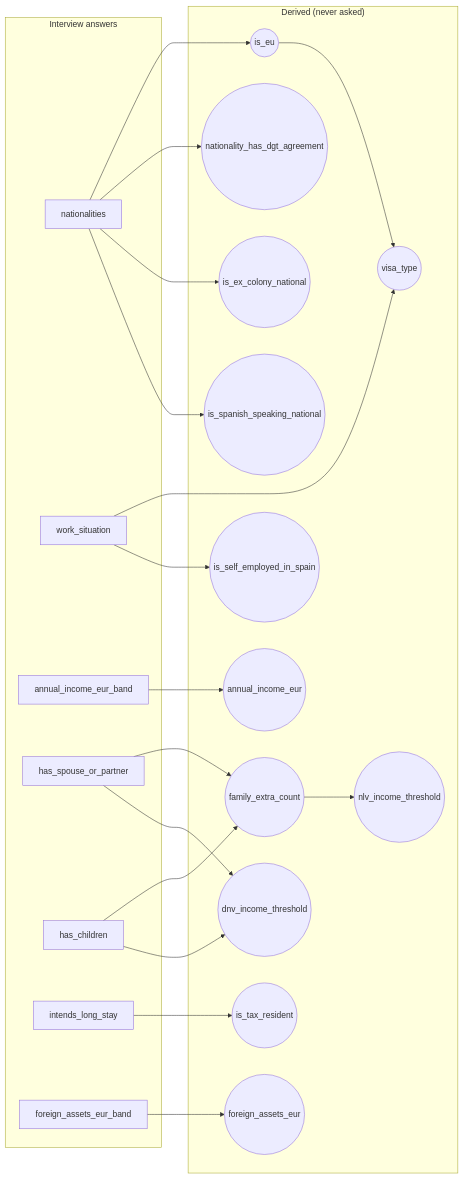
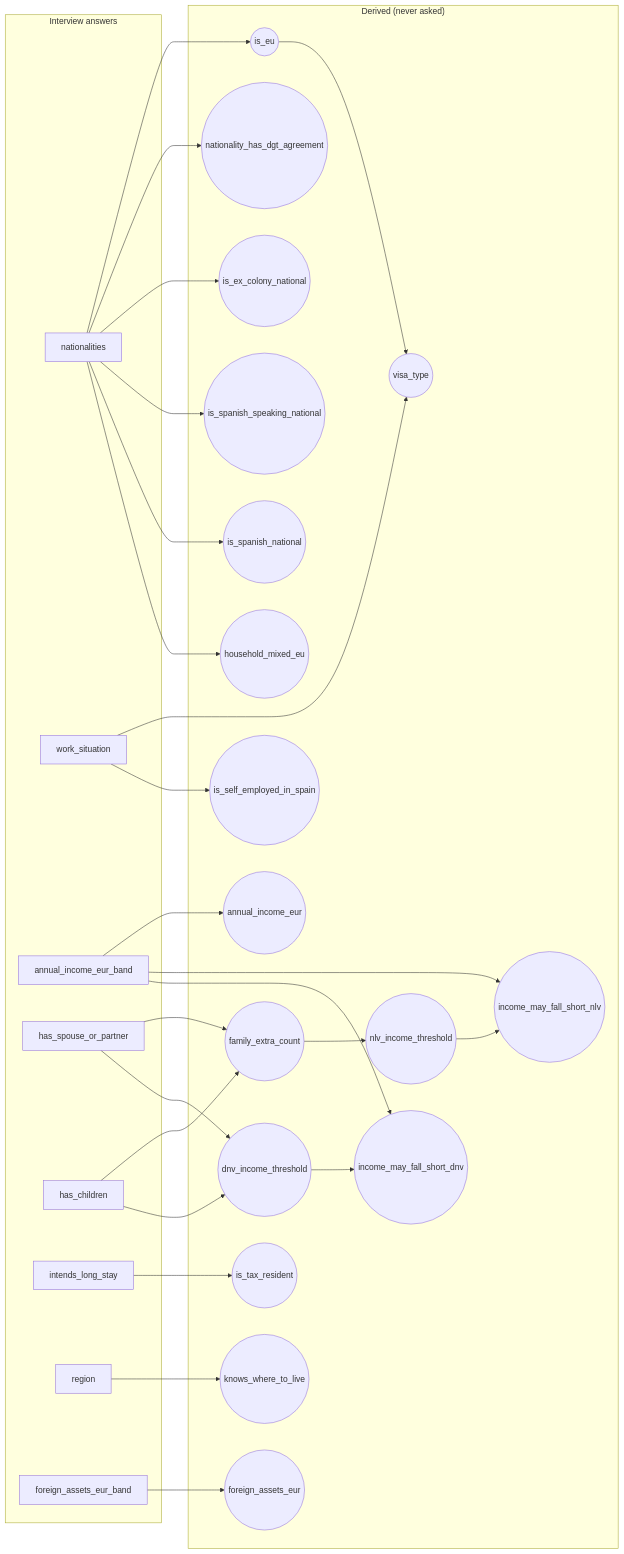
Before and after one commit to nerolabs/camino-app: the diagram in docs/CATALOG.md, drawn with Mermaid. The commit also changed other lines of this file and 26 other files, not shown here.

````diff
--- a/docs/CATALOG.md
+++ b/docs/CATALOG.md
@@ -148,41 +163,54 @@
 ```mermaid
 flowchart LR
   subgraph Asked["Interview answers"]
     nationalities[nationalities]
     work_situation[work_situation]
     annual_income_eur_band[annual_income_eur_band]
     has_spouse_or_partner[has_spouse_or_partner]
     has_children[has_children]
     intends_long_stay[intends_long_stay]
+    region[region]
     foreign_assets_eur_band[foreign_assets_eur_band]
   end
   subgraph Derived["Derived (never asked)"]
     is_eu((is_eu))
     nationality_has_dgt_agreement((nationality_has_dgt_agreement))
     is_ex_colony_national((is_ex_colony_national))
     is_spanish_speaking_national((is_spanish_speaking_national))
+    is_spanish_national((is_spanish_national))
+    household_mixed_eu((household_mixed_eu))
     is_tax_resident((is_tax_resident))
+    knows_where_to_live((knows_where_to_live))
     foreign_assets_eur((foreign_assets_eur))
     annual_income_eur((annual_income_eur))
     family_extra_count((family_extra_count))
     nlv_income_threshold((nlv_income_threshold))
     dnv_income_threshold((dnv_income_threshold))
+    income_may_fall_short_nlv((income_may_fall_short_nlv))
+    income_may_fall_short_dnv((income_may_fall_short_dnv))
     visa_type((visa_type))
     is_self_employed_in_spain((is_self_employed_in_spain))
   end
   nationalities --> is_eu
   nationalities --> nationality_has_dgt_agreement
   nationalities --> is_ex_colony_national
   nationalities --> is_spanish_speaking_national
+  nationalities --> is_spanish_national
+  nationalities --> household_mixed_eu
   intends_long_stay --> is_tax_resident
+  region --> knows_where_to_live
   foreign_assets_eur_band --> foreign_assets_eur
   annual_income_eur_band --> annual_income_eur
   has_spouse_or_partner --> family_extra_count
   has_children --> family_extra_count
   family_extra_count --> nlv_income_threshold
   has_spouse_or_partner --> dnv_income_threshold
   has_children --> dnv_income_threshold
+  annual_income_eur_band --> income_may_fall_short_nlv
+  nlv_income_threshold --> income_may_fall_short_nlv
+  annual_income_eur_band --> income_may_fall_short_dnv
+  dnv_income_threshold --> income_may_fall_short_dnv
   is_eu --> visa_type
   work_situation --> visa_type
   work_situation --> is_self_employed_in_spain
 ```
````
